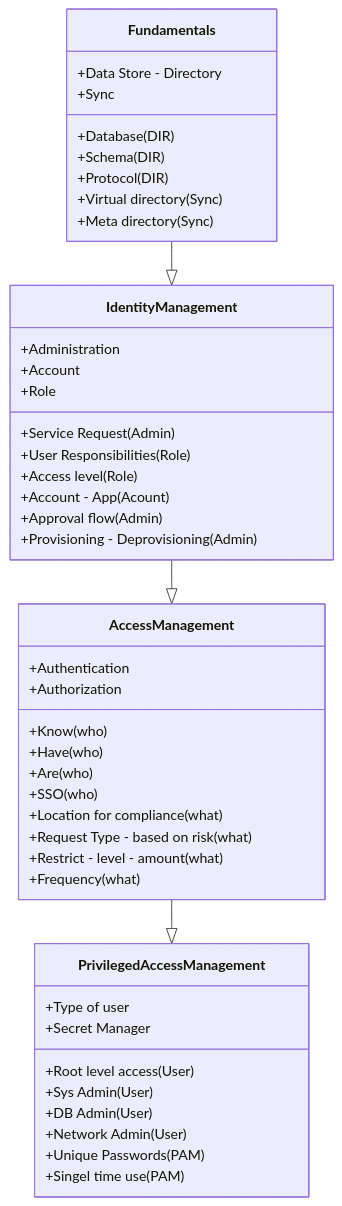
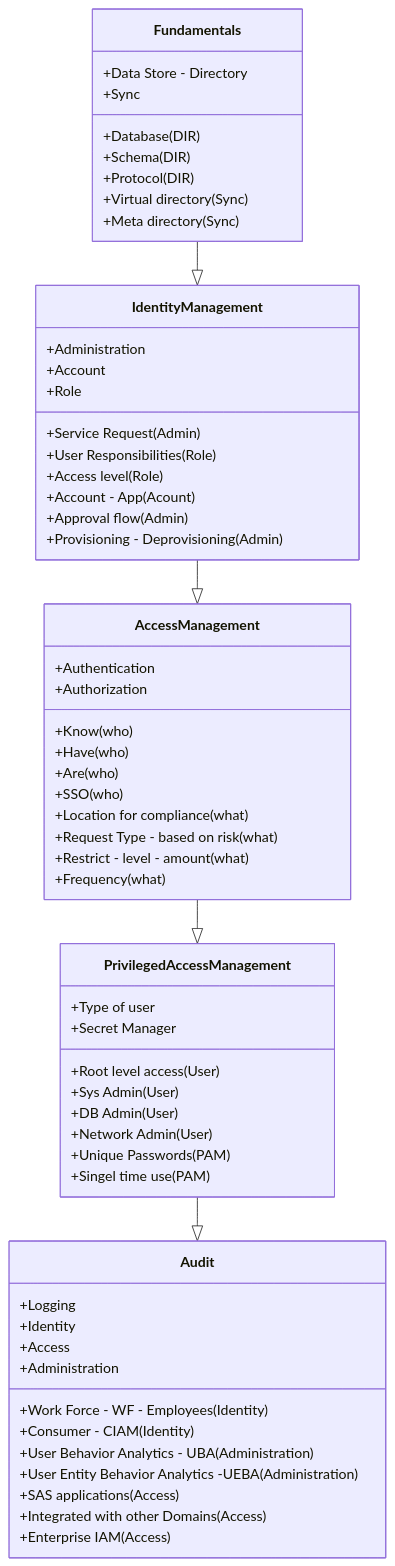
The diagram in IAM101.md (ilyesedina/Project-handbook), drawn with Mermaid before and after one commit.

````diff
--- a/IAM101.md
+++ b/IAM101.md
@@ -7,47 +7,61 @@
 ```mermaid
 classDiagram
     class Fundamentals
     Fundamentals : +Data Store - Directory
     Fundamentals : +Database(DIR)
     Fundamentals : +Schema(DIR)
     Fundamentals : +Protocol(DIR)
     Fundamentals : +Sync
     Fundamentals : +Virtual directory (Sync)
     Fundamentals : +Meta directory (Sync)
     Fundamentals --|> IdentityManagement
 
     class IdentityManagement
     IdentityManagement : +Administration 
     IdentityManagement : +Account 
     IdentityManagement : +Role
     IdentityManagement : +Service Request (Admin)
     IdentityManagement : +User Responsibilities (Role)
     IdentityManagement : +Access level (Role)
     IdentityManagement : +Account - App (Acount)
     IdentityManagement : +Approval flow (Admin)
     IdentityManagement : +Provisioning - Deprovisioning (Admin)
     IdentityManagement --|> AccessManagement
 
     Class AccessManagement
     AccessManagement : +Authentication 
     AccessManagement : +Authorization 
     AccessManagement : +Know (who)
     AccessManagement : +Have (who)
     AccessManagement : +Are (who)
     AccessManagement : +SSO (who)
     AccessManagement : +Location for compliance (what)
     AccessManagement : +Request Type - based on risk (what)
     AccessManagement : +Restrict - level - amount (what)
     AccessManagement : +Frequency (what)
     AccessManagement --|> PrivilegedAccessManagement
 
     Class PrivilegedAccessManagement 
     PrivilegedAccessManagement : +Type of user 
     PrivilegedAccessManagement : +Secret Manager
     PrivilegedAccessManagement : +Root level access (User)
     PrivilegedAccessManagement : +Sys Admin (User)
     PrivilegedAccessManagement : +DB Admin (User)
     PrivilegedAccessManagement : +Network Admin (User)
     PrivilegedAccessManagement : +Unique Passwords (PAM)
     PrivilegedAccessManagement : +Singel time use (PAM)
+     PrivilegedAccessManagement --|> Audit
+
+    Class Audit
+    Audit : +Logging
+    Audit : +Identity
+    Audit : +Access
+    Audit : +Administration
+    Audit : +Work Force - WF - Employees (Identity)
+    Audit : +Consumer - CIAM (Identity)
+    Audit : +User Behavior Analytics - UBA (Administration)
+    Audit : +User Entity Behavior Analytics -UEBA (Administration)
+    Audit : +SAS applications (Access)
+    Audit : +Integrated with other Domains (Access)
+    Audit : +Enterprise IAM (Access)
 ```
````
